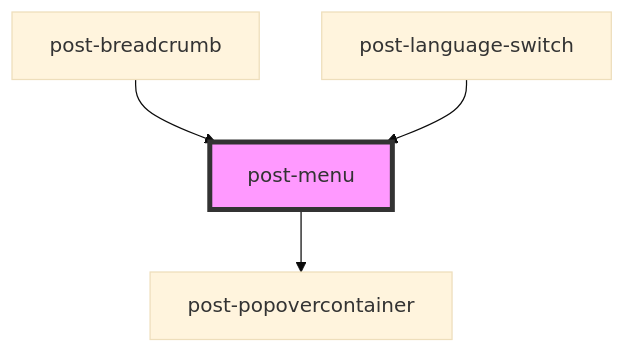
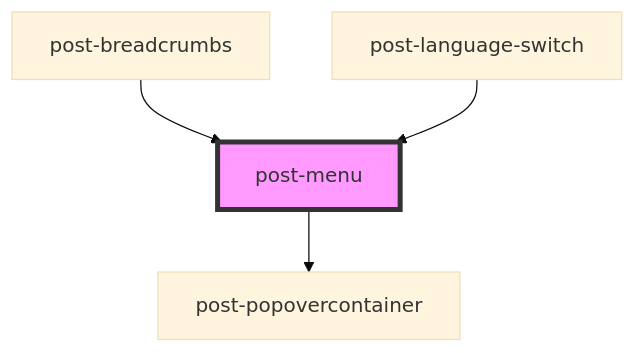
One commit to swisspost/design-system changed the diagram in packages/components/src/components/post-menu/readme.md. Above: the diagram before and after it, drawn with Mermaid (base theme). The commit also changed other lines of this file and 15 other files, not shown here.

Commit message:
refactor(components,docs): rename breadcrumb to breadcrumbs throughout codebase

````diff
--- a/packages/components/src/components/post-menu/readme.md
+++ b/packages/components/src/components/post-menu/readme.md
@@ -86,7 +86,7 @@
 ```mermaid
 graph TD;
   post-menu --> post-popovercontainer
-  post-breadcrumb --> post-menu
+  post-breadcrumbs --> post-menu
   post-language-switch --> post-menu
   style post-menu fill:#f9f,stroke:#333,stroke-width:4px
 ```
````
